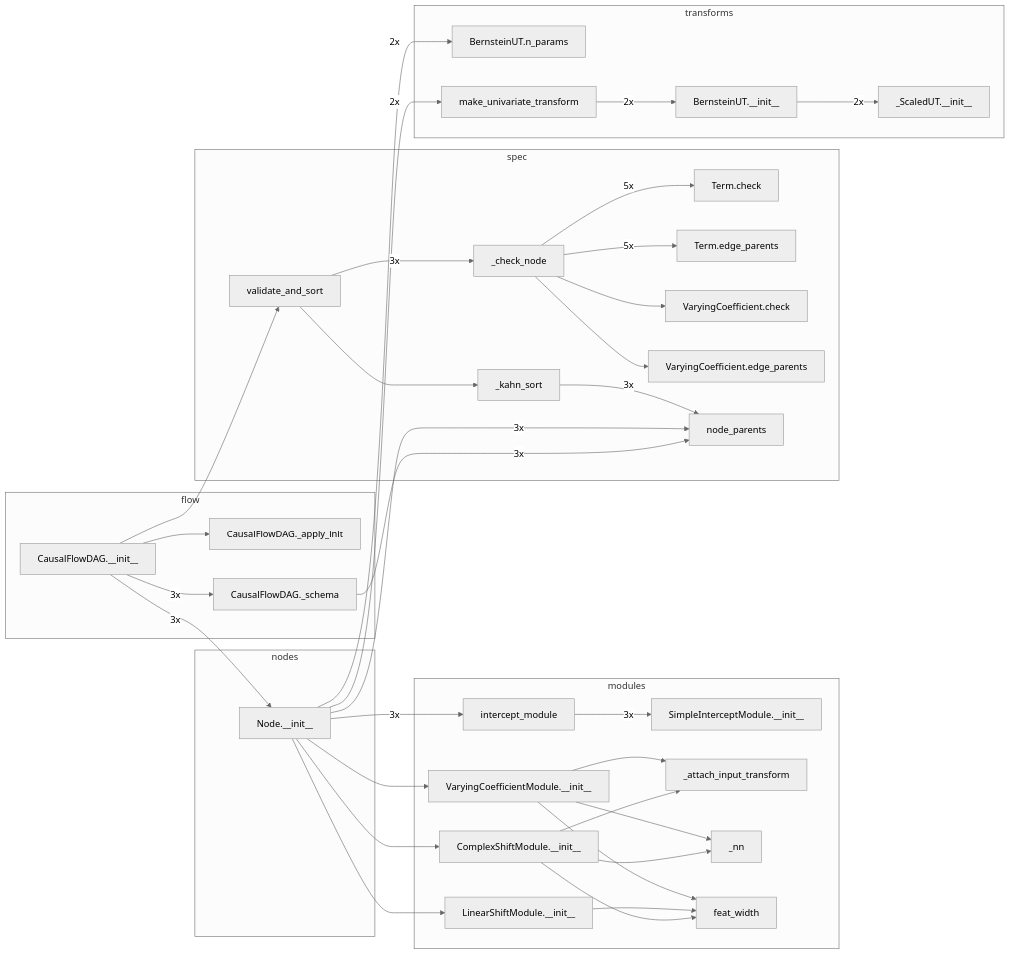
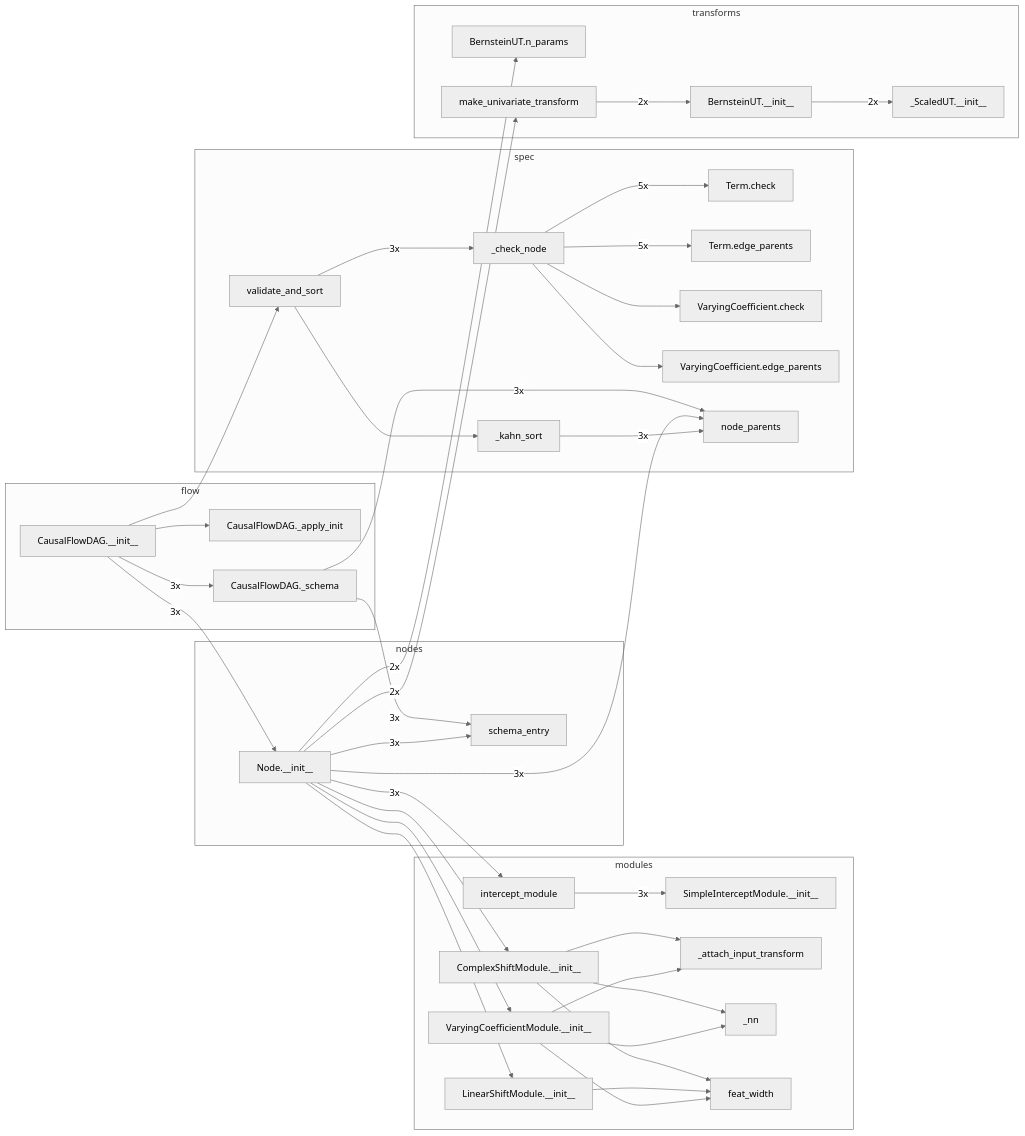
Before and after one commit to tensorchiefs/tramdag: the fifth of 6 diagrams in docs/architecture.md, drawn with Mermaid (neutral theme). The commit also changed other lines of this file and 11 other files, not shown here.

````diff
--- a/docs/architecture.md
+++ b/docs/architecture.md
@@ -292,66 +294,69 @@
 ```mermaid
 flowchart LR
   subgraph flow
     n0["CausalFlowDAG.__init__"]
     n1["CausalFlowDAG._apply_init"]
     n2["CausalFlowDAG._schema"]
   end
   subgraph modules
-    n6["ComplexShiftModule.__init__"]
-    n10["LinearShiftModule.__init__"]
-    n13["SimpleInterceptModule.__init__"]
-    n11["VaryingCoefficientModule.__init__"]
-    n7["_attach_input_transform"]
-    n8["_nn"]
-    n9["feat_width"]
-    n12["intercept_module"]
+    n7["ComplexShiftModule.__init__"]
+    n11["LinearShiftModule.__init__"]
+    n14["SimpleInterceptModule.__init__"]
+    n12["VaryingCoefficientModule.__init__"]
+    n8["_attach_input_transform"]
+    n9["_nn"]
+    n10["feat_width"]
+    n13["intercept_module"]
   end
   subgraph nodes
     n3["Node.__init__"]
+    n5["schema_entry"]
   end
   subgraph spec
-    n17["Term.check"]
-    n18["Term.edge_parents"]
-    n19["VaryingCoefficient.check"]
-    n20["VaryingCoefficient.edge_parents"]
-    n16["_check_node"]
-    n21["_kahn_sort"]
-    n5["node_parents"]
+    n18["Term.check"]
+    n19["Term.edge_parents"]
+    n20["VaryingCoefficient.check"]
+    n21["VaryingCoefficient.edge_parents"]
+    n17["_check_node"]
+    n22["_kahn_sort"]
+    n6["node_parents"]
     n4["validate_and_sort"]
   end
   subgraph transforms
-    n22["BernsteinUT.__init__"]
-    n14["BernsteinUT.n_params"]
-    n23["_ScaledUT.__init__"]
-    n15["make_univariate_transform"]
+    n23["BernsteinUT.__init__"]
+    n15["BernsteinUT.n_params"]
+    n24["_ScaledUT.__init__"]
+    n16["make_univariate_transform"]
   end
     n0 --> n1
     n0 -- "3x" --> n2
     n0 -- "3x" --> n3
     n0 --> n4
     n2 -- "3x" --> n5
-    n6 --> n7
-    n6 --> n8
-    n6 --> n9
-    n10 --> n9
-    n11 --> n7
-    n11 --> n8
-    n11 --> n9
-    n12 -- "3x" --> n13
-    n3 --> n6
-    n3 --> n10
+    n2 -- "3x" --> n6
+    n7 --> n8
+    n7 --> n9
+    n7 --> n10
+    n11 --> n10
+    n12 --> n8
+    n12 --> n9
+    n12 --> n10
+    n13 -- "3x" --> n14
+    n3 --> n7
     n3 --> n11
-    n3 -- "3x" --> n12
+    n3 --> n12
+    n3 -- "3x" --> n13
     n3 -- "3x" --> n5
-    n3 -- "2x" --> n14
+    n3 -- "3x" --> n6
     n3 -- "2x" --> n15
-    n16 -- "5x" --> n17
-    n16 -- "5x" --> n18
-    n16 --> n19
-    n16 --> n20
-    n21 -- "3x" --> n5
-    n4 -- "3x" --> n16
-    n4 --> n21
-    n22 -- "2x" --> n23
-    n15 -- "2x" --> n22
+    n3 -- "2x" --> n16
+    n17 -- "5x" --> n18
+    n17 -- "5x" --> n19
+    n17 --> n20
+    n17 --> n21
+    n22 -- "3x" --> n6
+    n4 -- "3x" --> n17
+    n4 --> n22
+    n23 -- "2x" --> n24
+    n16 -- "2x" --> n23
 ```
````
